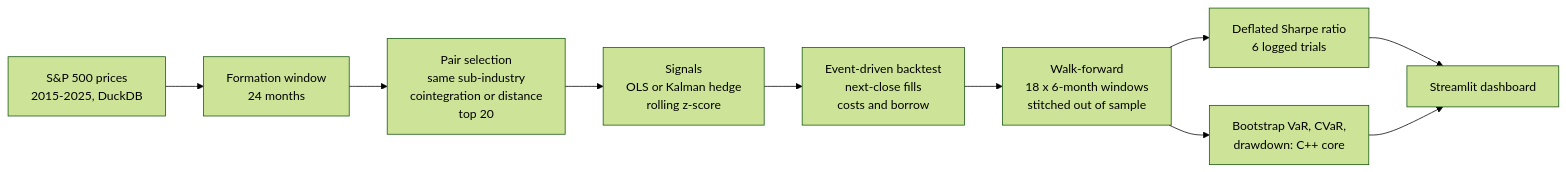
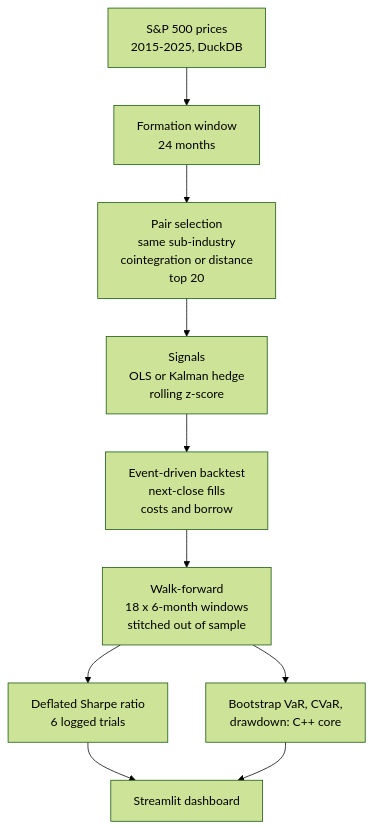
One commit to noe2971/PairsLab changed the diagram in README.md. Above: the diagram before and after it, drawn with Mermaid (forest theme). The commit also changed other lines of this file and 4 other files, not shown here.

Commit message:
docs: reword pitch, relabel chart and dashboard variants, make diagram top-down

````diff
--- a/README.md
+++ b/README.md
@@ -25,12 +25,12 @@
 ```mermaid
-flowchart LR
+flowchart TD
     A[S&P 500 prices<br/>2015-2025, DuckDB] --> B[Formation window<br/>24 months]
     B --> C[Pair selection<br/>same sub-industry<br/>cointegration or distance<br/>top 20]
     C --> D[Signals<br/>OLS or Kalman hedge<br/>rolling z-score]
     D --> E[Event-driven backtest<br/>next-close fills<br/>costs and borrow]
     E --> F[Walk-forward<br/>18 x 6-month windows<br/>stitched out of sample]
     F --> G[Deflated Sharpe ratio<br/>6 logged trials]
     F --> H[Bootstrap VaR, CVaR,<br/>drawdown: C++ core]
     G --> I[Streamlit dashboard]
     H --> I
 ```
````
